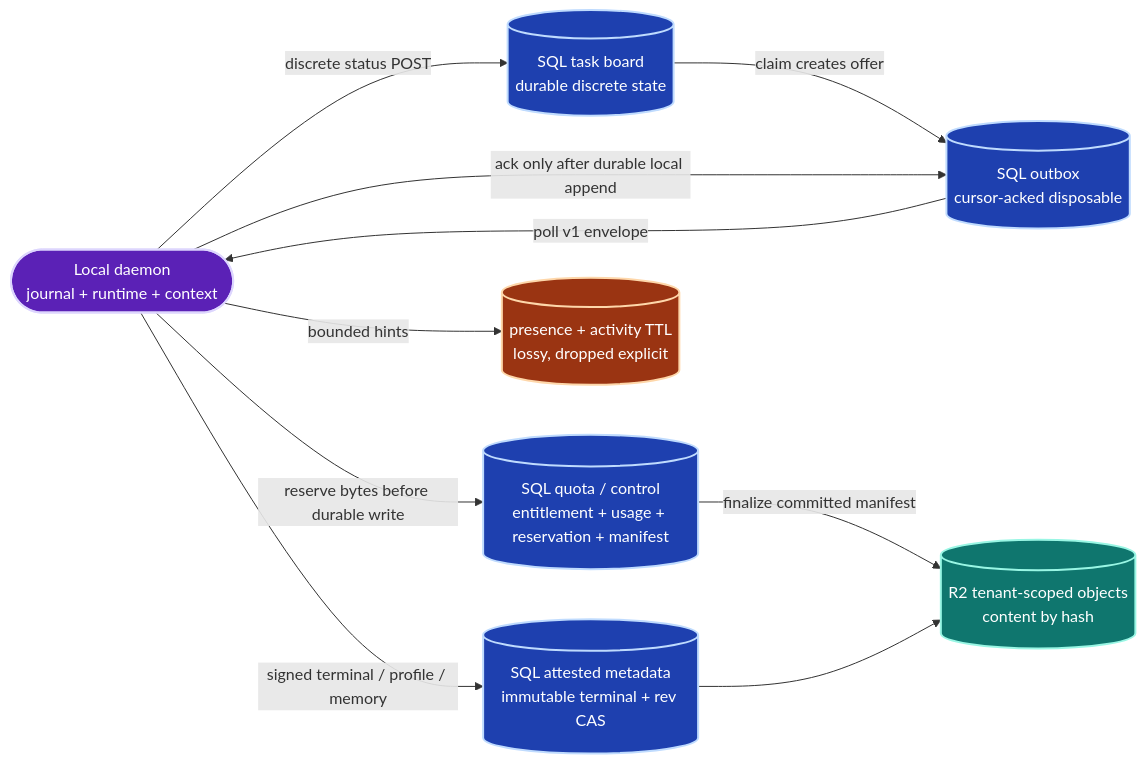
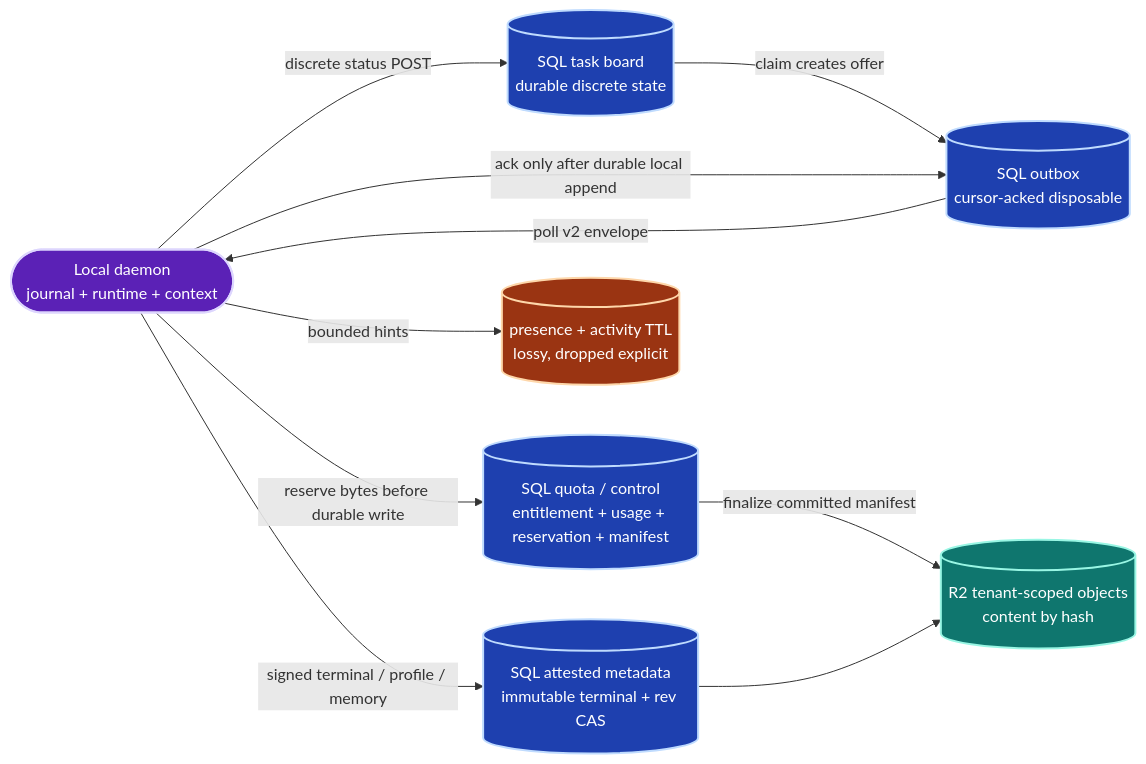
One commit to Ancienttwo/byok-sdk changed diagram 17 of 22 in docs/architecture/sdk-architecture.md. Above: the diagram before and after it, drawn with Mermaid. The commit also changed other lines of this file and 16 other files, not shown here.

````diff
--- a/docs/architecture/sdk-architecture.md
+++ b/docs/architecture/sdk-architecture.md
@@ -1201,25 +1200,25 @@
 ```mermaid
 flowchart LR
   classDef local fill:#5b21b6,stroke:#ddd6fe,stroke-width:2px,color:#fff
   classDef durable fill:#1e40af,stroke:#bfdbfe,stroke-width:2px,color:#fff
   classDef ephemeral fill:#9a3412,stroke:#fed7aa,stroke-width:2px,color:#fff
   classDef object fill:#0f766e,stroke:#99f6e4,stroke-width:2px,color:#fff
 
   Daemon(["Local daemon<br/>journal + runtime + context"]):::local
   Board[("SQL task board<br/>durable discrete state")]:::durable
   Mailbox[("SQL outbox<br/>cursor-acked disposable")]:::durable
   Truth[("SQL attested metadata<br/>immutable terminal + rev CAS")]:::durable
   Quota[("SQL quota / control<br/>entitlement + usage + reservation + manifest")]:::durable
   Object[("R2 tenant-scoped objects<br/>content by hash")]:::object
   Presence[("presence + activity TTL<br/>lossy, dropped explicit")]:::ephemeral
 
   Board -->|"claim creates offer"| Mailbox
-  Mailbox -->|"poll v1 envelope"| Daemon
+  Mailbox -->|"poll v2 envelope"| Daemon
   Daemon -->|"ack only after durable local append"| Mailbox
   Daemon -->|"reserve bytes before durable write"| Quota
   Daemon -->|"signed terminal / profile / memory"| Truth
   Quota -->|"finalize committed manifest"| Object
   Truth --> Object
   Daemon -->|"bounded hints"| Presence
   Daemon -->|"discrete status POST"| Board
 ```
````
